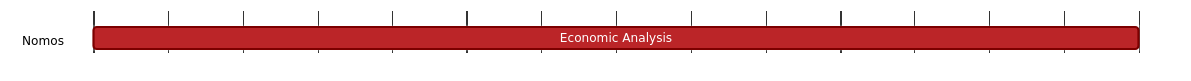
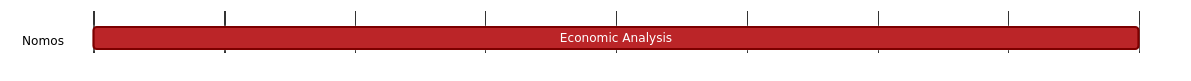
One commit to logos-co/roadmap changed the diagram in content/vac/tke/g/nomos/cryptarchia-wealth-concentration-estimated-stake.md. Above: the diagram before and after it, drawn with Mermaid. The commit also changed other lines of this file and 11 other files, not shown here.

````diff
--- a/content/vac/tke/g/nomos/cryptarchia-wealth-concentration-estimated-stake.md
+++ b/content/vac/tke/g/nomos/cryptarchia-wealth-concentration-estimated-stake.md
@@ -7,19 +7,19 @@
 ```mermaid
 %%{ 
   init: { 
     'theme': 'base', 
     'themeVariables': { 
       'primaryColor': '#BB2528', 
       'primaryTextColor': '#fff', 
       'primaryBorderColor': '#7C0000', 
       'lineColor': '#F8B229', 
       'secondaryColor': '#006100', 
       'tertiaryColor': '#fff' 
     } 
   } 
 }%%
 gantt
 	dateFormat YYYY-MM-DD 
 	section Nomos
-		Economic Analysis :, 2024-02-15, 2024-02-29
+		Economic Analysis :, 2024-02-15, 2024-02-19
 ```
````
